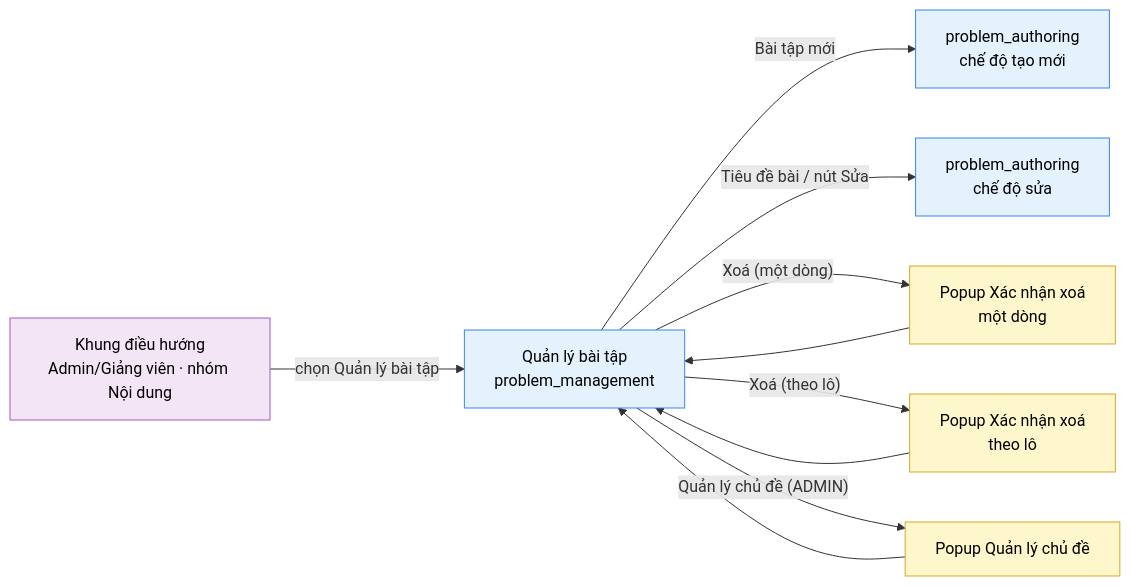
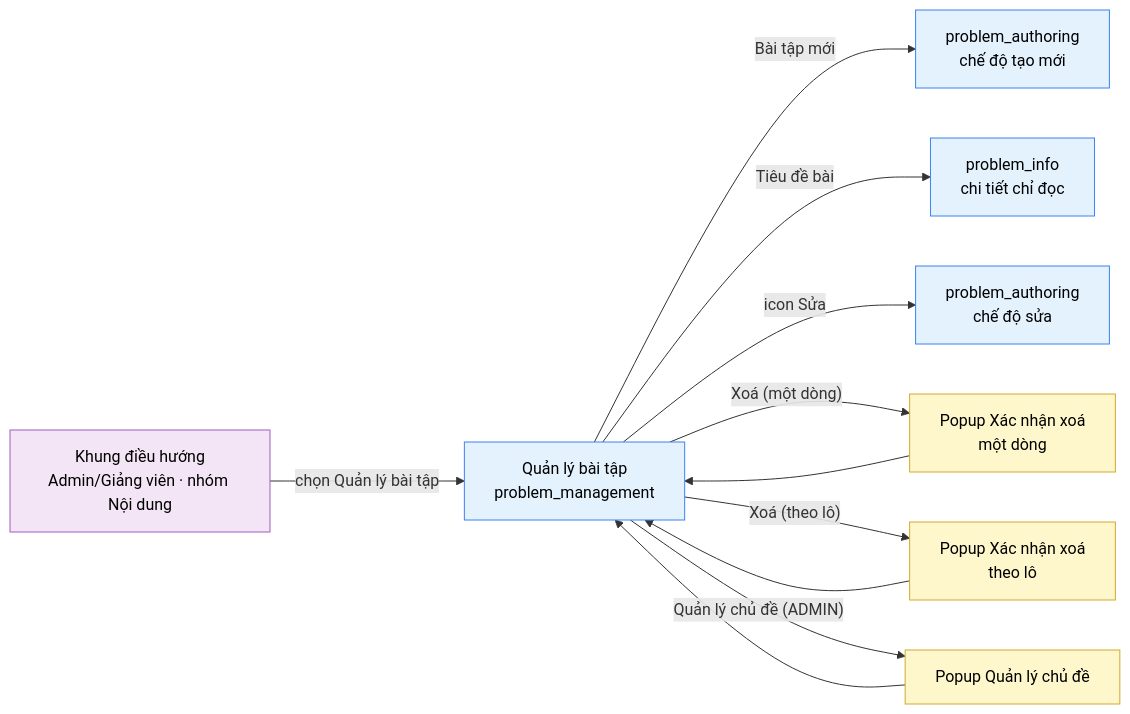
One commit to daiphu1801/PRJ_ALGOPREP changed the diagram in 02-bd/screens/shared/SHR0201_problem_management.md. Above: the diagram before and after it, drawn with Mermaid. The commit also changed other lines of this file and 216 other files, not shown here.

````diff
--- a/02-bd/screens/shared/SHR0201_problem_management.md
+++ b/02-bd/screens/shared/SHR0201_problem_management.md
@@ -176,21 +196,22 @@
 ```mermaid
 flowchart LR
     nav["Khung điều hướng<br/>Admin/Giảng viên · nhóm Nội dung"] -->|"chọn Quản lý bài tập"| main["Quản lý bài tập<br/>problem_management"]
     main -->|"Bài tập mới"| create["problem_authoring<br/>chế độ tạo mới"]
-    main -->|"Tiêu đề bài / nút Sửa"| edit["problem_authoring<br/>chế độ sửa"]
+    main -->|"Tiêu đề bài"| info["problem_info<br/>chi tiết chỉ đọc"]
+    main -->|"icon Sửa"| edit["problem_authoring<br/>chế độ sửa"]
     main -->|"Xoá (một dòng)"| delOne["Popup Xác nhận xoá<br/>một dòng"]
     main -->|"Xoá (theo lô)"| delBulk["Popup Xác nhận xoá<br/>theo lô"]
     main -->|"Quản lý chủ đề (ADMIN)"| topics["Popup Quản lý chủ đề"]
     delOne --> main
     delBulk --> main
     topics --> main
 
     classDef source fill:#F3E5F5,stroke:#9C5CC4,color:#000
     classDef screen fill:#E3F2FD,stroke:#3B82F6,color:#000
     classDef popup fill:#FFF7CC,stroke:#D4A72C,color:#000
 
     class nav source
     class main screen
-    class create,edit screen
+    class create,edit,info screen
     class delOne,delBulk,topics popup
 ```
````
